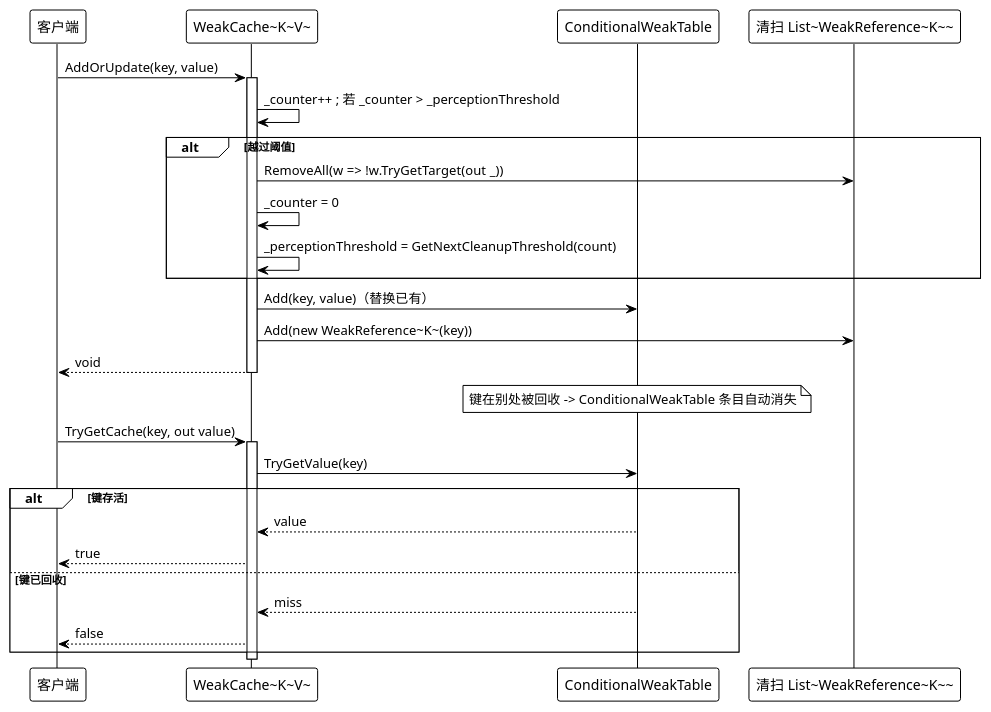
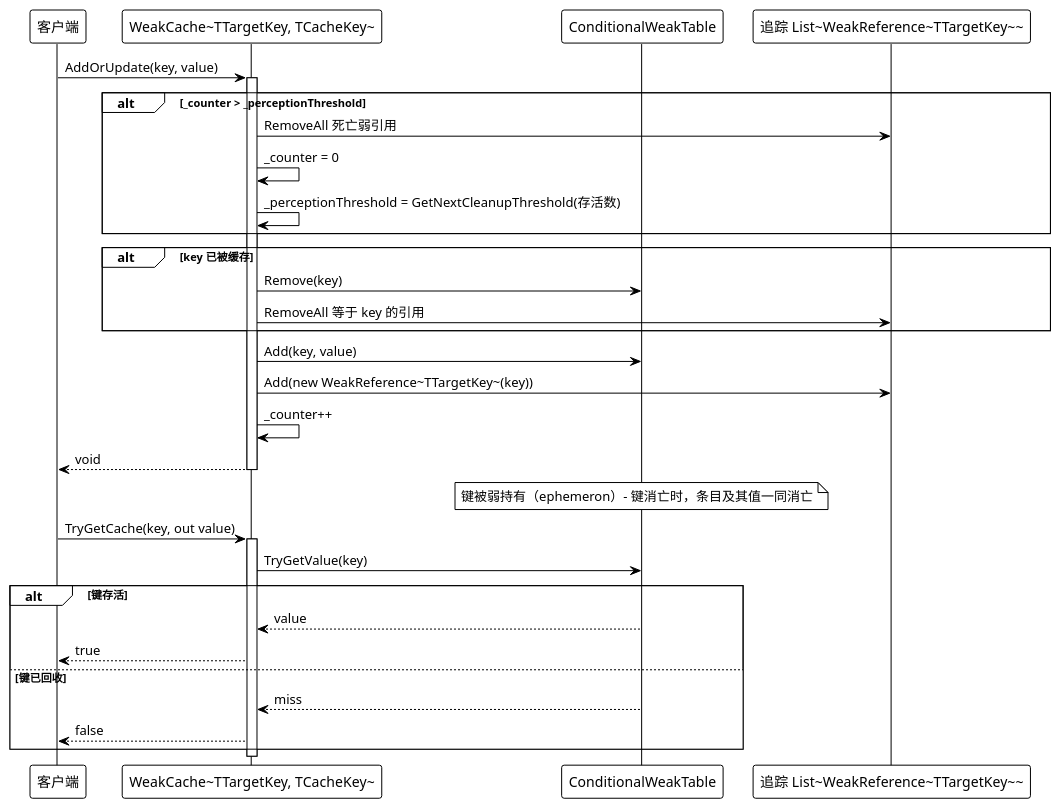
One commit to Axvser/VeloxDev.Docs changed the second of 3 diagrams in src/CloudGlyph/Assets/Docs/content/zh/3_SE分析/03_数据流分析/07_弱引用类型/index.md. Above: the diagram before and after it, drawn with PlantUML. The commit also changed other lines of this file and 443 other files, not shown here.

````diff
--- a/src/CloudGlyph/Assets/Docs/content/zh/3_SE分析/03_数据流分析/07_弱引用类型/index.md
+++ b/src/CloudGlyph/Assets/Docs/content/zh/3_SE分析/03_数据流分析/07_弱引用类型/index.md
@@ -42,37 +47,44 @@
 ```plantuml
 @startuml
 !theme plain
 
 participant "客户端" as C
-participant "WeakCache~K~V~" as W
+participant "WeakCache~TTargetKey, TCacheKey~" as W
 participant "ConditionalWeakTable" as T
-participant "清扫 List~WeakReference~K~~" as L
+participant "追踪 List~WeakReference~TTargetKey~~" as L
 
 C -> W: AddOrUpdate(key, value)
 activate W
-W -> W: _counter++ ; 若 _counter > _perceptionThreshold
-alt 越过阈值
-    W -> L: RemoveAll(w => !w.TryGetTarget(out _))
+
+alt _counter > _perceptionThreshold
+    W -> L: RemoveAll 死亡弱引用
     W -> W: _counter = 0
-    W -> W: _perceptionThreshold = GetNextCleanupThreshold(count)
+    W -> W: _perceptionThreshold = GetNextCleanupThreshold(存活数)
 end
-W -> T: Add(key, value)（替换已有）
-W -> L: Add(new WeakReference~K~(key))
+
+alt key 已被缓存
+    W -> T: Remove(key)
+    W -> L: RemoveAll 等于 key 的引用
+end
+
+W -> T: Add(key, value)
+W -> L: Add(new WeakReference~TTargetKey~(key))
+W -> W: _counter++
 W --> C: void
 deactivate W
 
-note over T: 键在别处被回收 -> ConditionalWeakTable 条目自动消失
+note over T: 键被弱持有（ephemeron）- 键消亡时，条目及其值一同消亡
 
 C -> W: TryGetCache(key, out value)
 activate W
 W -> T: TryGetValue(key)
 alt 键存活
     T --> W: value
     W --> C: true
 else 键已回收
     T --> W: miss
     W --> C: false
 end
 deactivate W
 @enduml
 ```
````
